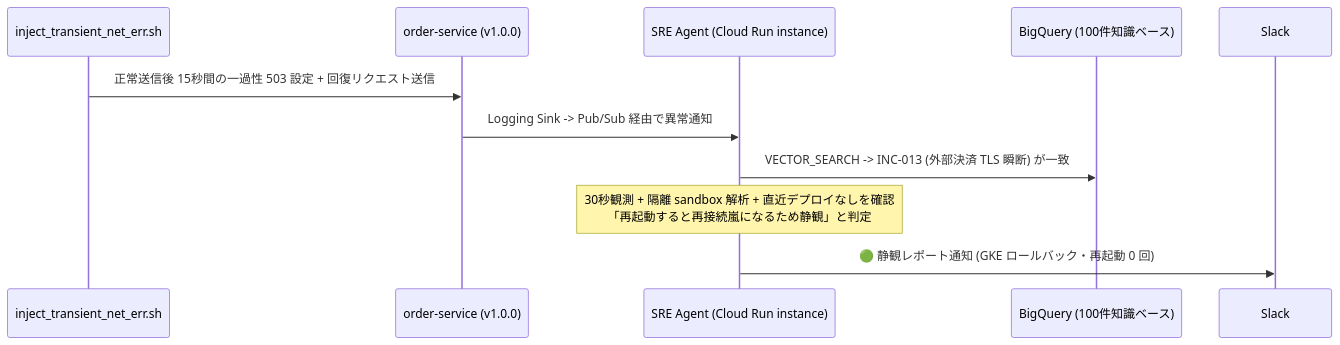
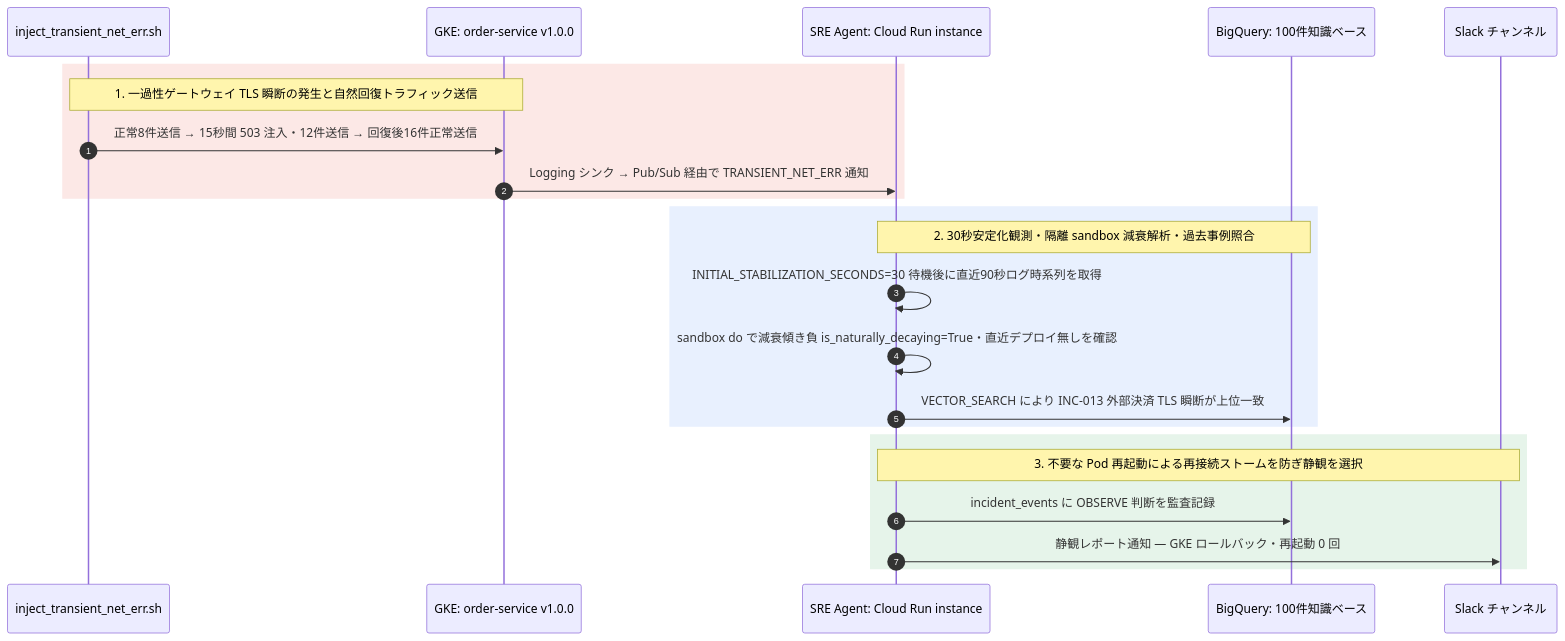
One commit to tyorikan/agentic-sre-handson changed the second of 4 diagrams in docs/05-deploy-cloud-run-instance-and-drills.md. Above: the diagram before and after it, drawn with Mermaid. The commit also changed other lines of this file and 26 other files, not shown here.

Commit message:
docs: プロダクトアイコン付き構成図・シーケンス図 PNG (全19図) の追加と折りたたみ Mermaid 定義の精緻化

````diff
--- a/docs/05-deploy-cloud-run-instance-and-drills.md
+++ b/docs/05-deploy-cloud-run-instance-and-drills.md
@@ -124,14 +144,28 @@
 ```mermaid
 sequenceDiagram
+    autonumber
     participant Script as inject_transient_net_err.sh
-    participant GKE as order-service (v1.0.0)
-    participant Agent as SRE Agent (Cloud Run instance)
-    participant BQ as BigQuery (100件知識ベース)
-    participant Slack as Slack
+    participant GKE as GKE: order-service v1.0.0
+    participant Agent as SRE Agent: Cloud Run instance
+    participant BQ as BigQuery: 100件知識ベース
+    participant Slack as Slack チャンネル
 
-    Script->>GKE: 正常送信後 15秒間の一過性 503 設定 + 回復リクエスト送信
-    GKE->>Agent: Logging Sink -> Pub/Sub 経由で異常通知
-    Agent->>BQ: VECTOR_SEARCH -> INC-013 (外部決済 TLS 瞬断) が一致
-    Note over Agent: 30秒観測 + 隔離 sandbox 解析 + 直近デプロイなしを確認<br/>「再起動すると再接続嵐になるため静観」と判定
-    Agent->>Slack: 🟢 静観レポート通知 (GKE ロールバック・再起動 0 回)
+    rect rgb(252, 232, 230)
+        Note over Script,GKE: 1. 一過性ゲートウェイ TLS 瞬断の発生と自然回復トラフィック送信
+        Script->>GKE: 正常8件送信 → 15秒間 503 注入・12件送信 → 回復後16件正常送信
+        GKE->>Agent: Logging シンク → Pub/Sub 経由で TRANSIENT_NET_ERR 通知
+    end
+
+    rect rgb(232, 240, 254)
+        Note over Agent,BQ: 2. 30秒安定化観測・隔離 sandbox 減衰解析・過去事例照合
+        Agent->>Agent: INITIAL_STABILIZATION_SECONDS=30 待機後に直近90秒ログ時系列を取得
+        Agent->>Agent: sandbox do で減衰傾き負 is_naturally_decaying=True・直近デプロイ無しを確認
+        Agent->>BQ: VECTOR_SEARCH により INC-013 外部決済 TLS 瞬断が上位一致
+    end
+
+    rect rgb(230, 244, 234)
+        Note over Agent,Slack: 3. 不要な Pod 再起動による再接続ストームを防ぎ静観を選択
+        Agent->>BQ: incident_events に OBSERVE 判断を監査記録
+        Agent->>Slack: 静観レポート通知 — GKE ロールバック・再起動 0 回
+    end
 ```
````
